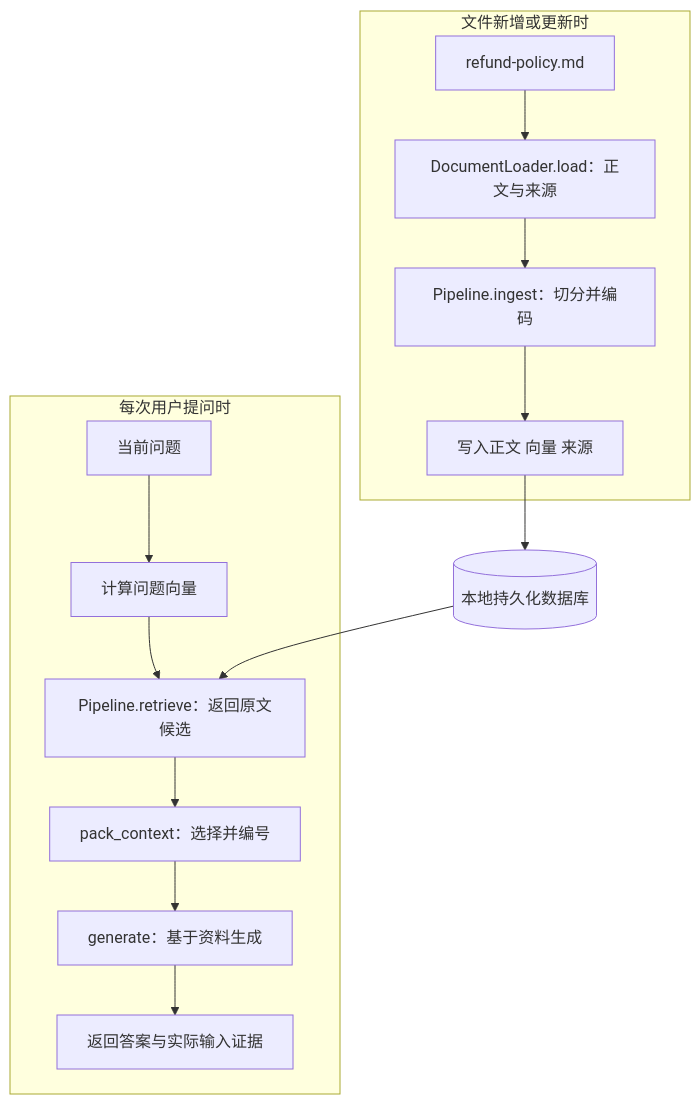
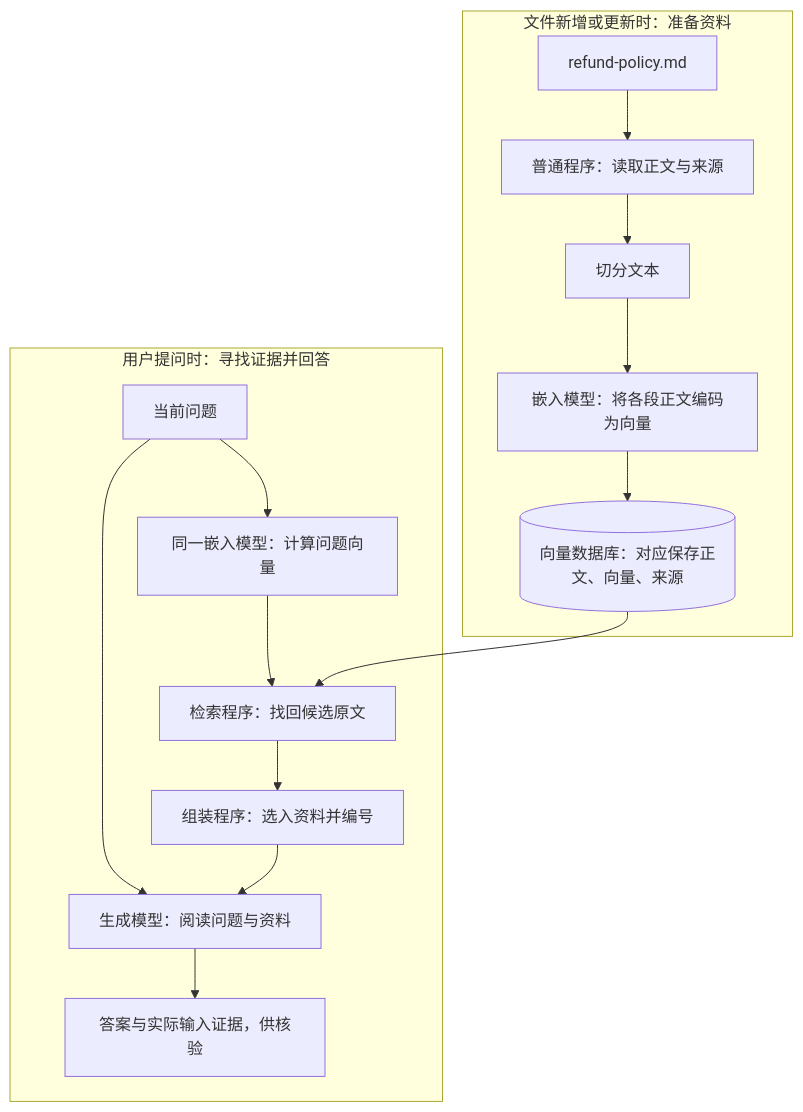
Before and after one commit to benx92/ai-learning-notes: the first of 3 diagrams in 13-RAG实战从文档到问答系统.md, drawn with Mermaid. The commit also changed other lines of this file and 76 other files, not shown here.

````diff
--- a/13-RAG实战从文档到问答系统.md
+++ b/13-RAG实战从文档到问答系统.md
@@ -34,17 +69,18 @@
 ```mermaid
 flowchart TD
-    subgraph Prepare[文件新增或更新时]
-        A[refund-policy.md] --> B[DocumentLoader.load：正文与来源]
-        B --> C[Pipeline.ingest：切分并编码]
-        C --> D[写入正文 向量 来源]
+    subgraph Prepare[文件新增或更新时：准备资料]
+        A[refund-policy.md] --> B[普通程序：读取正文与来源]
+        B --> C[切分文本]
+        C --> D[嵌入模型：将各段正文编码为向量]
+        D --> DB[(向量数据库：对应保存正文、向量、来源)]
     end
-    D --> DB[(本地持久化数据库)]
-    subgraph Answer[每次用户提问时]
-        Q[当前问题] --> V[计算问题向量]
-        V --> R[Pipeline.retrieve：返回原文候选]
-        R --> P[pack_context：选择并编号]
-        P --> G[generate：基于资料生成]
-        G --> O[返回答案与实际输入证据]
+    subgraph Answer[用户提问时：寻找证据并回答]
+        Q[当前问题] --> V[同一嵌入模型：计算问题向量]
+        V --> R[检索程序：找回候选原文]
+        R --> P[组装程序：选入资料并编号]
+        P --> G[生成模型：阅读问题与资料]
+        G --> O[答案与实际输入证据，供核验]
+        Q --> G
     end
     DB --> R
 ```
````
